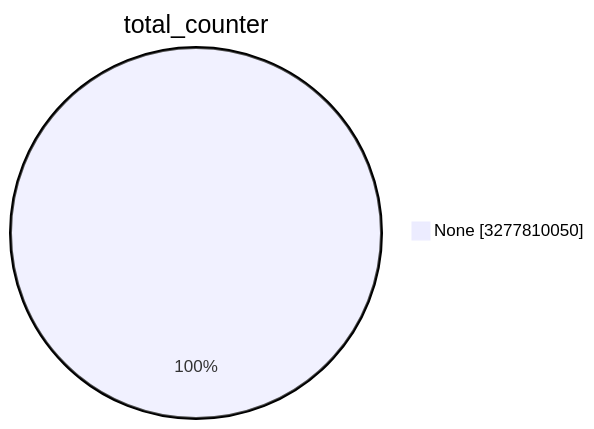
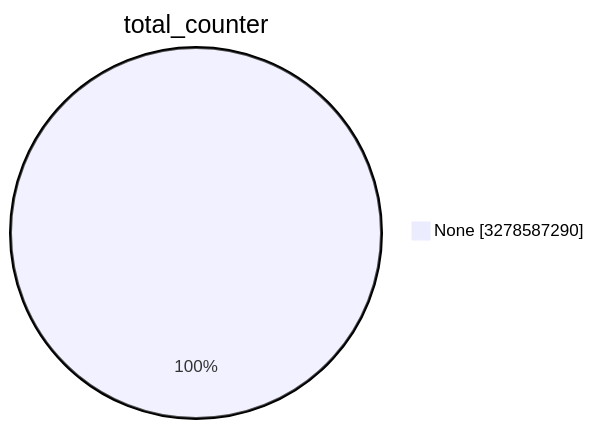
The first of 15 diagrams in TOTAL/README.md (christiankrug/ctmonitor_visualization), drawn with Mermaid before and after one commit. The commit also changed other lines of this file, not shown here.

````diff
--- a/TOTAL/README.md
+++ b/TOTAL/README.md
@@ -1,5 +1,5 @@
 ```mermaid
 pie showData
 title total_counter
-"None" :3277810050
+"None" :3278587290
 ```
````
